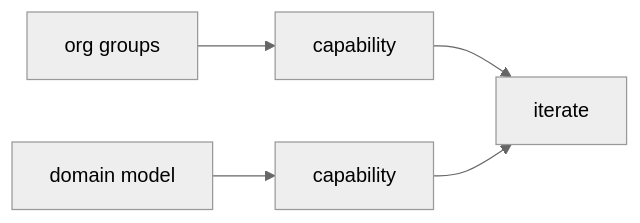
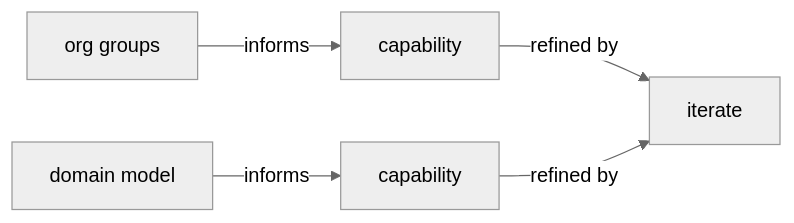
Before and after one commit to vinayakuber/microservices-io-study-guide: diagram 12 of 13 in docs/ch03-decompose-by-business-capability.md, drawn with Mermaid (neutral theme). The commit also changed other lines of this file and 71 other files, not shown here.

First line of the commit message:
R18: label every diagram arrow with its meaning

````diff
--- a/docs/ch03-decompose-by-business-capability.md
+++ b/docs/ch03-decompose-by-business-capability.md
@@ -435,7 +435,7 @@
 ```mermaid
 flowchart LR
-  ORG["org groups"] --> CAP1["capability"]
-  DM["domain model"] --> CAP2["capability"]
-  CAP1 --> IT["iterate"]
-  CAP2 --> IT
+  ORG["org groups"] -->|"informs"| CAP1["capability"]
+  DM["domain model"] -->|"informs"| CAP2["capability"]
+  CAP1 -->|"refined by"| IT["iterate"]
+  CAP2 -->|"refined by"| IT
 ```
````
